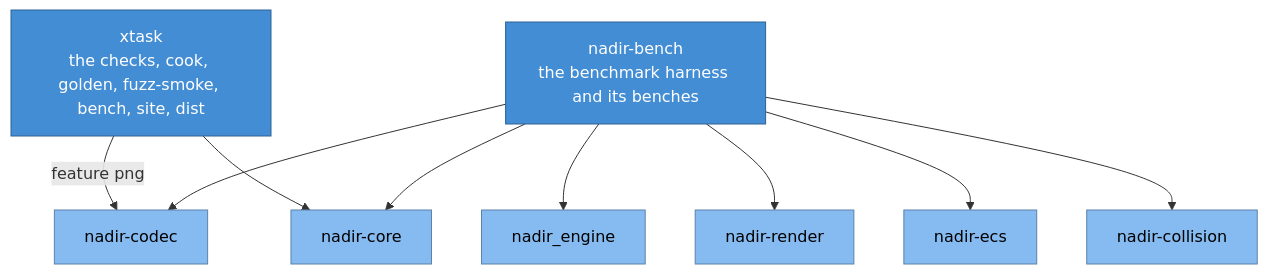
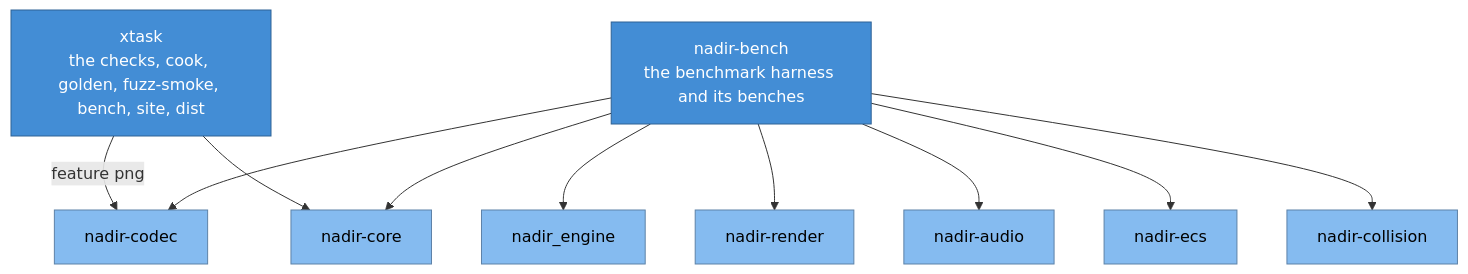
Before and after one commit to jabbott-iii/Nadir: the fifth of 5 diagrams in diagrams/c4-architecture.md, drawn with Mermaid. The commit also changed other lines of this file and 29 other files, not shown here.

````diff
--- a/diagrams/c4-architecture.md
+++ b/diagrams/c4-architecture.md
@@ -289,25 +291,27 @@
 ```mermaid
 flowchart TB
     xtask["xtask<br/>the checks, cook, golden, fuzz-smoke, bench, site, dist"]
     bench["nadir-bench<br/>the benchmark harness and its benches"]
     n_engine["nadir_engine"]
     n_render["nadir-render"]
+    n_audio["nadir-audio"]
     n_ecs["nadir-ecs"]
     n_collision["nadir-collision"]
     n_codec["nadir-codec"]
     n_core["nadir-core"]
 
     xtask -->|"feature png"| n_codec
     xtask --> n_core
     bench --> n_engine
     bench --> n_render
+    bench --> n_audio
     bench --> n_ecs
     bench --> n_collision
     bench --> n_codec
     bench --> n_core
 
     classDef container fill:#438dd5,stroke:#2e6295,color:#ffffff
     classDef component fill:#85bbf0,stroke:#5d82a8,color:#000000
     class xtask,bench container
-    class n_engine,n_render,n_ecs,n_collision,n_codec,n_core component
+    class n_engine,n_render,n_audio,n_ecs,n_collision,n_codec,n_core component
 ```
````
